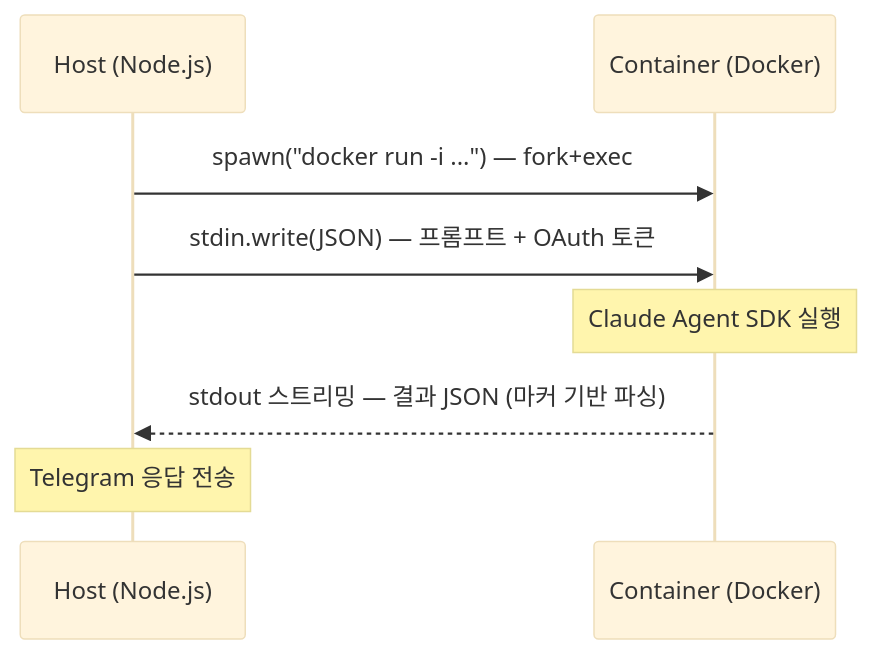
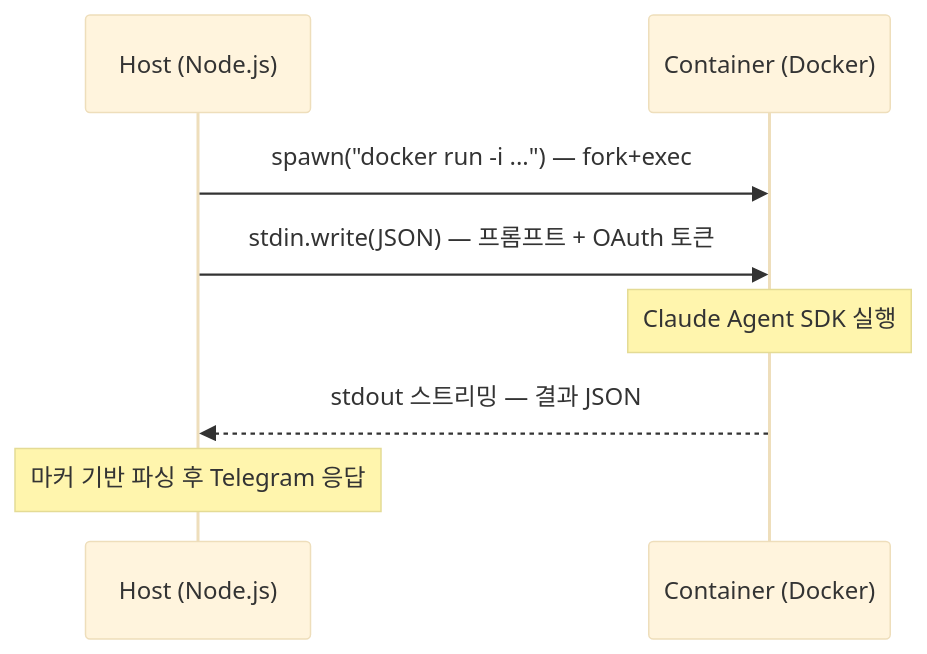
One commit to neocode24/portfolio changed the second of 3 diagrams in src/data/blog/nanoclaw-architecture.md. Above: the diagram before and after it, drawn with Mermaid (base theme). The commit also changed other lines of this file, not shown here.

````diff
--- a/src/data/blog/nanoclaw-architecture.md
+++ b/src/data/blog/nanoclaw-architecture.md
@@ -86,11 +75,11 @@
 ```mermaid
 sequenceDiagram
     participant H as Host (Node.js)
     participant C as Container (Docker)
 
     H->>C: spawn("docker run -i ...") — fork+exec
     H->>C: stdin.write(JSON) — 프롬프트 + OAuth 토큰
     Note over C: Claude Agent SDK 실행
-    C-->>H: stdout 스트리밍 — 결과 JSON (마커 기반 파싱)
-    Note over H: Telegram 응답 전송
+    C-->>H: stdout 스트리밍 — 결과 JSON
+    Note over H: 마커 기반 파싱 후 Telegram 응답
 ```
````
